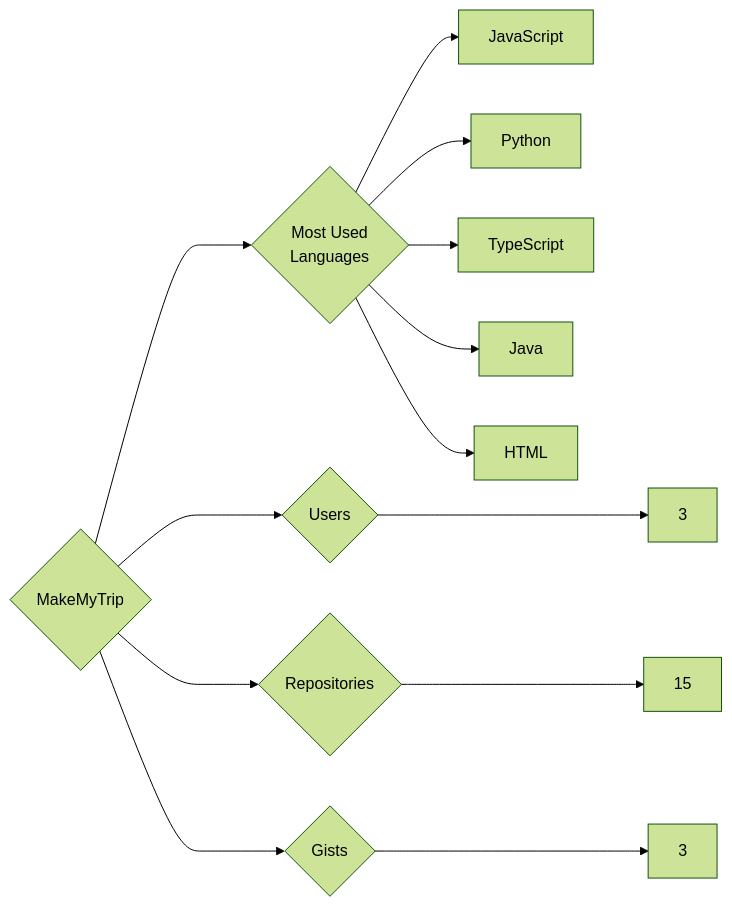
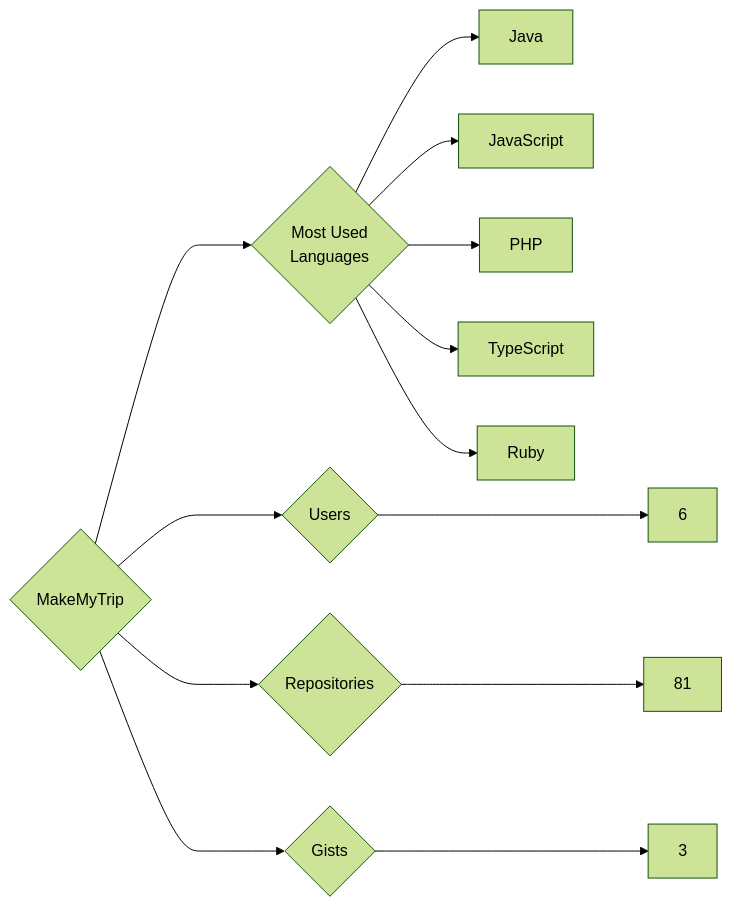
Before and after one commit to trickest/insiders: the diagram in targets/MakeMyTrip/README.md, drawn with Mermaid (forest theme). The commit also changed 1389 other files, not shown here.

````diff
--- a/targets/MakeMyTrip/README.md
+++ b/targets/MakeMyTrip/README.md
@@ -3,13 +3,13 @@
 ```mermaid
 graph LR
 COMPANY_NAME{MakeMyTrip}
-COMPANY_NAME ---> U{Users} ---> UN[3]
-COMPANY_NAME ---> R{Repositories} ---> RN[15]
+COMPANY_NAME ---> U{Users} ---> UN[6]
+COMPANY_NAME ---> R{Repositories} ---> RN[81]
 COMPANY_NAME ---> G{Gists} ---> GN[3]
 COMPANY_NAME ---> ML{Most Used<br>Languages}
+ML --> Java[Java]
 ML --> JavaScript[JavaScript]
-ML --> Python[Python]
+ML --> PHP[PHP]
 ML --> TypeScript[TypeScript]
-ML --> Java[Java]
-ML --> HTML[HTML]
+ML --> Ruby[Ruby]
 ```
````
